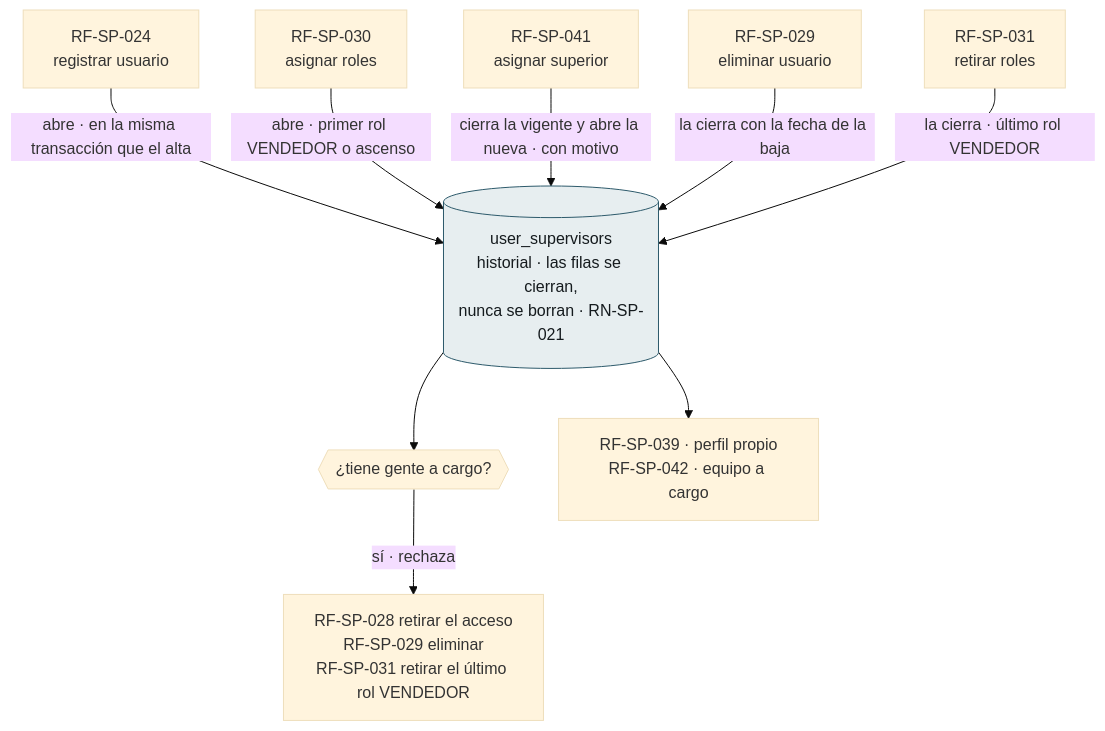
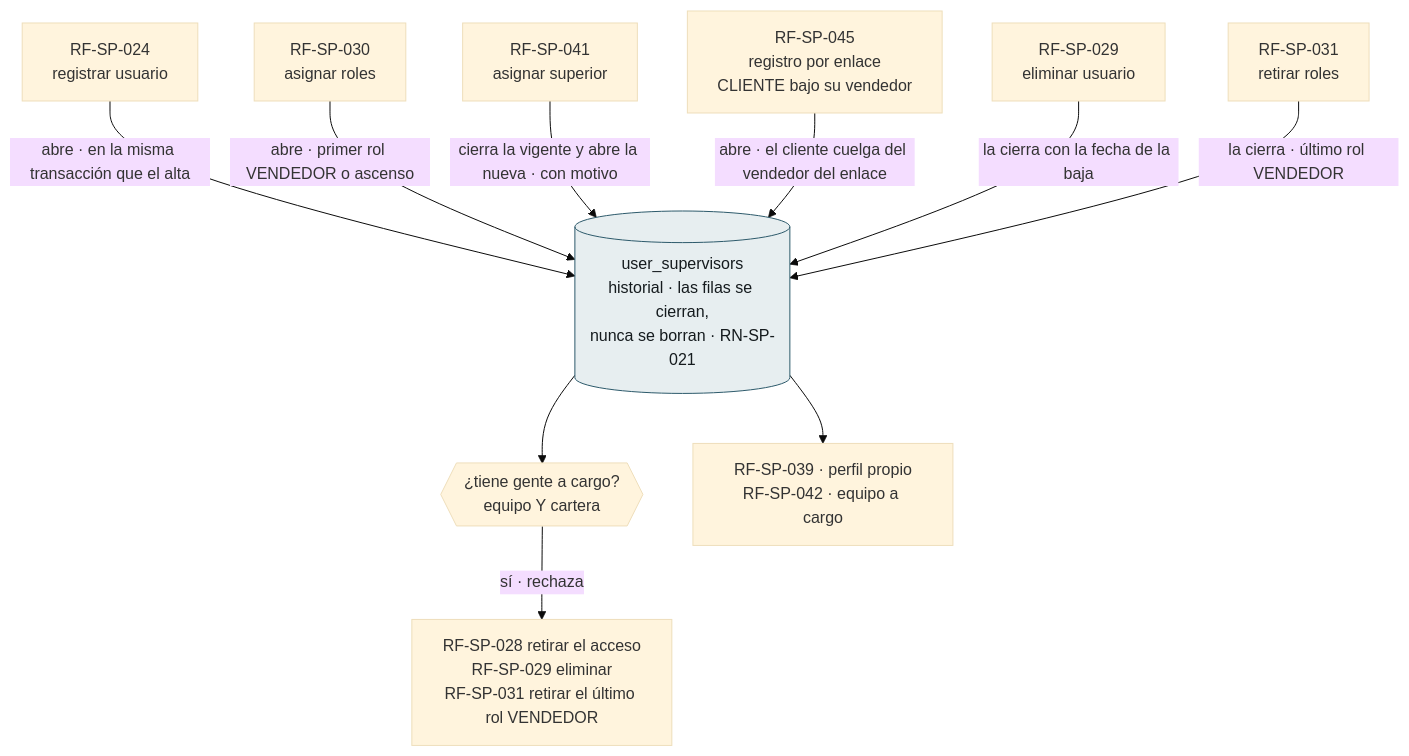
One commit to NexusPro-Dev/backend changed diagram 11 of 11 in docs/flujos/sp/flujos-del-modulo.md. Above: the diagram before and after it, drawn with Mermaid (base theme). The commit also changed other lines of this file and 1 other file, not shown here.

````diff
--- a/docs/flujos/sp/flujos-del-modulo.md
+++ b/docs/flujos/sp/flujos-del-modulo.md
@@ -422,23 +429,25 @@
 ```mermaid
 flowchart TB
     W1["RF-SP-024<br/>registrar usuario"]
     W2["RF-SP-030<br/>asignar roles"]
     W3["RF-SP-041<br/>asignar superior"]
+    W4["RF-SP-045<br/>registro por enlace<br/>CLIENTE bajo su vendedor"]
     C1["RF-SP-029<br/>eliminar usuario"]
     C2["RF-SP-031<br/>retirar roles"]
 
     S[("user_supervisors<br/>historial · las filas se cierran,<br/>nunca se borran · RN-SP-021")]
 
     W1 -->|"abre · en la misma transacción que el alta"| S
     W2 -->|"abre · primer rol VENDEDOR o ascenso"| S
     W3 -->|"cierra la vigente y abre la nueva · con motivo"| S
+    W4 -->|"abre · el cliente cuelga del vendedor del enlace"| S
     C1 -->|"la cierra con la fecha de la baja"| S
     C2 -->|"la cierra · último rol VENDEDOR"| S
 
-    S --> G{{"¿tiene gente a cargo?"}}
+    S --> G{{"¿tiene gente a cargo?<br/>equipo Y cartera"}}
     G -->|"sí · rechaza"| B["RF-SP-028 retirar el acceso<br/>RF-SP-029 eliminar<br/>RF-SP-031 retirar el último rol VENDEDOR"]
     S --> Q["RF-SP-039 · perfil propio<br/>RF-SP-042 · equipo a cargo"]
 
     classDef tabla fill:#e7eef0,stroke:#2d5a6b,stroke-width:1px,color:#151b1e
     class S tabla
 ```
````
